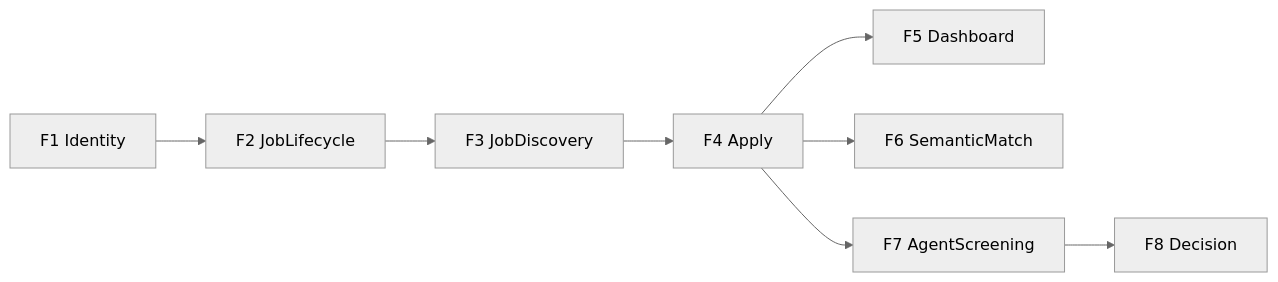
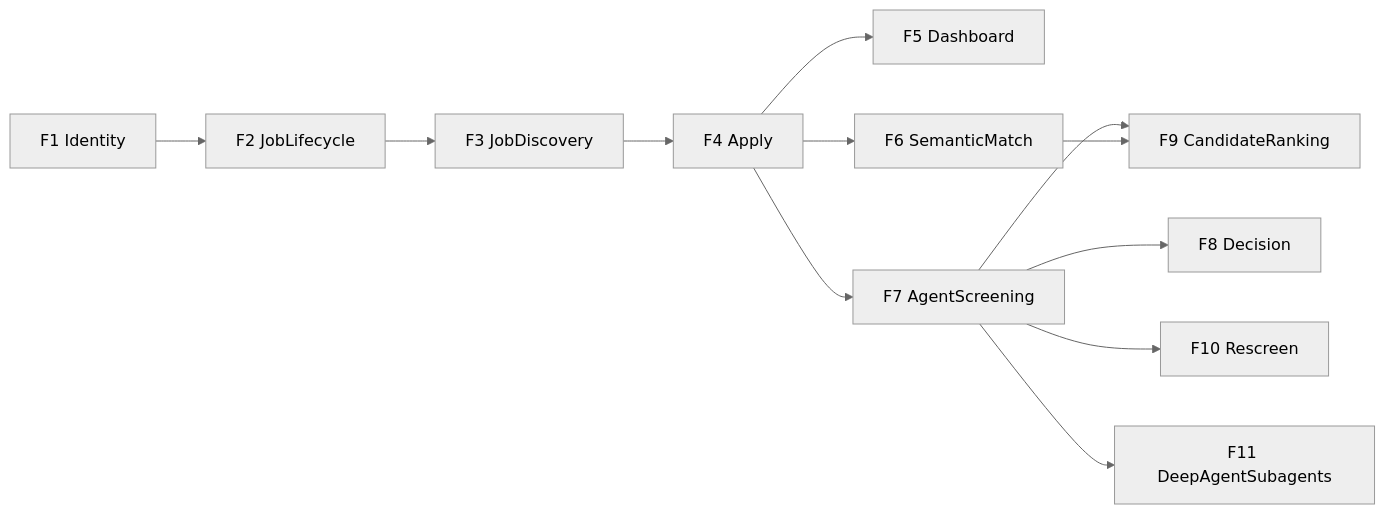
One commit to chanamerzel/AIproject changed the diagram in docs/04-features.md. Above: the diagram before and after it, drawn with Mermaid (neutral theme). The commit also changed other lines of this file and 20 other files, not shown here.

Commit message:
F9 candidate ranking, F10 rescreen with screening history, docs update and decisions doc

````diff
--- a/docs/04-features.md
+++ b/docs/04-features.md
@@ -5,10 +5,14 @@
 ```mermaid
 flowchart LR
   F1[F1 Identity] --> F2[F2 JobLifecycle]
   F2 --> F3[F3 JobDiscovery]
   F3 --> F4[F4 Apply]
   F4 --> F5[F5 Dashboard]
   F4 --> F6[F6 SemanticMatch]
   F4 --> F7[F7 AgentScreening]
   F7 --> F8[F8 Decision]
+  F7 --> F9[F9 CandidateRanking]
+  F6 --> F9
+  F7 --> F10[F10 Rescreen]
+  F7 --> F11[F11 DeepAgentSubagents]
 ```
````
